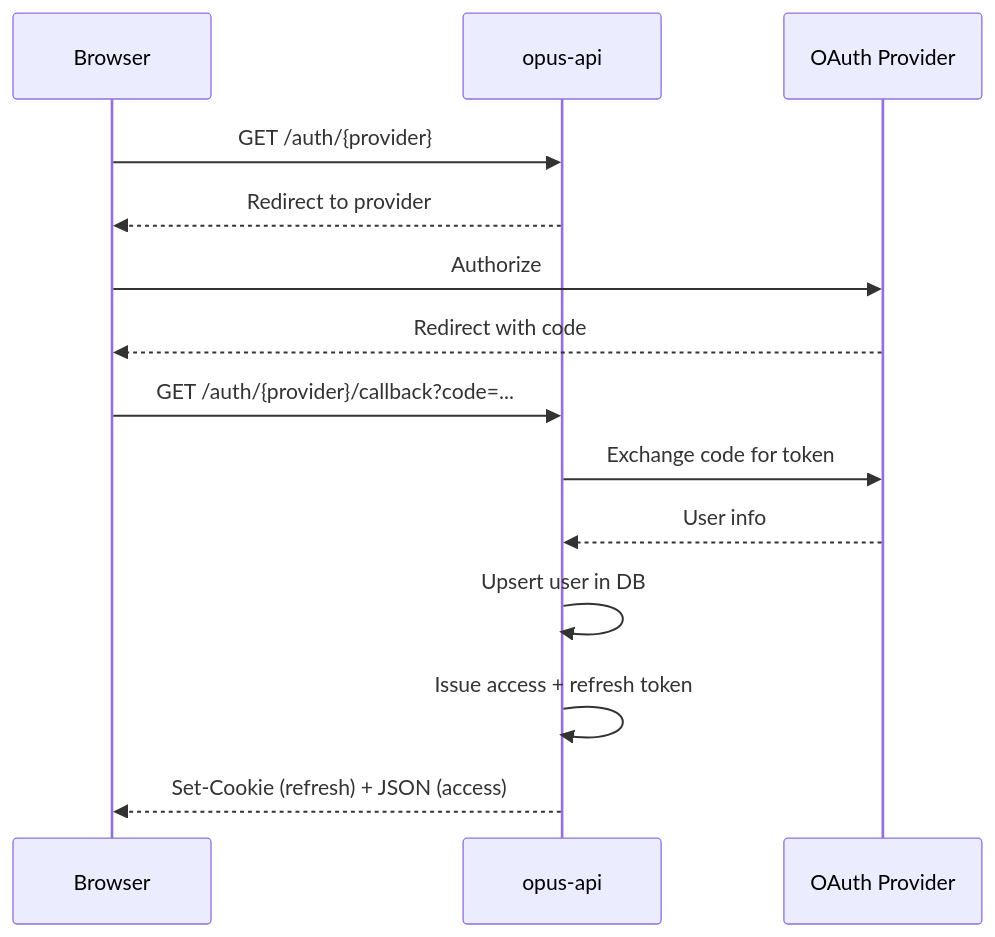
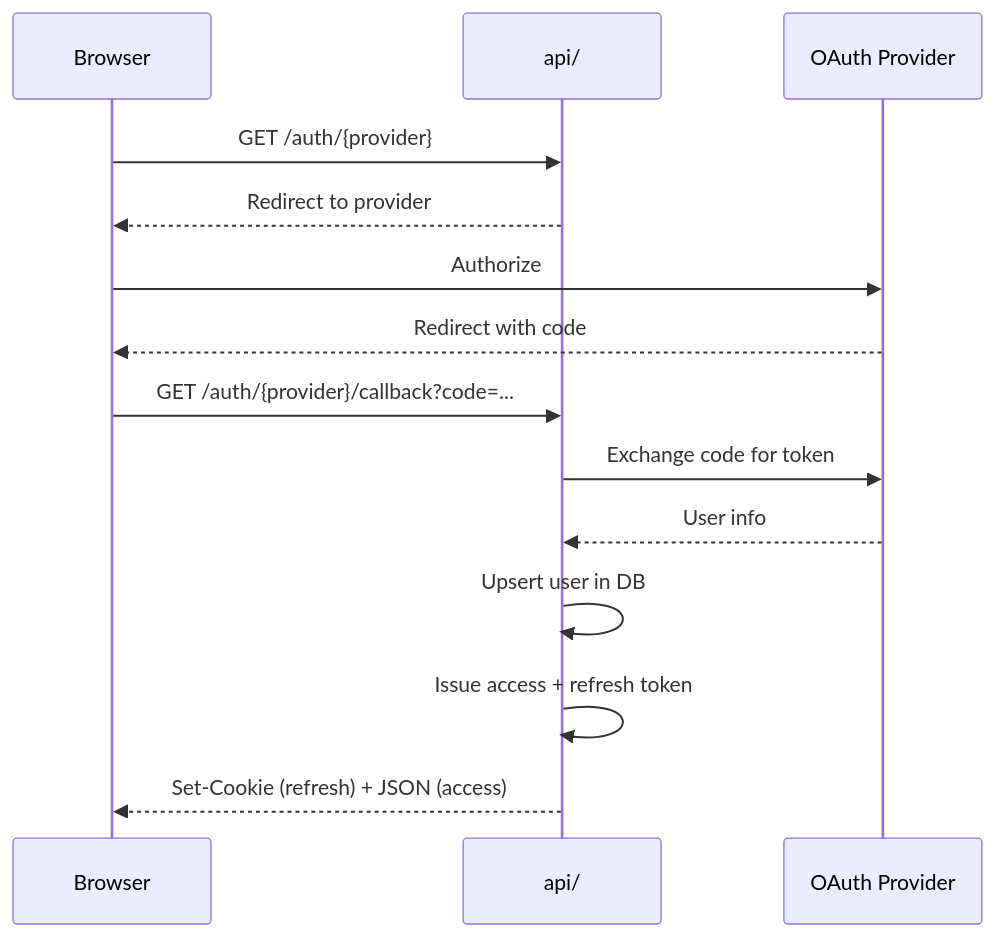
One commit to kilip/opus changed the fourth of 4 diagrams in docs/ARCHITECTURE.md. Above: the diagram before and after it, drawn with Mermaid. The commit also changed other lines of this file and 1 other file, not shown here.

Commit message:
docs: update architecture and prd for v1.0.1 monorepo structure

````diff
--- a/docs/ARCHITECTURE.md
+++ b/docs/ARCHITECTURE.md
@@ -299,17 +397,17 @@
 ```mermaid
 sequenceDiagram
     participant Browser
-    participant API as opus-api
+    participant API as api/
     participant Provider as OAuth Provider
 
     Browser->>API: GET /auth/{provider}
     API-->>Browser: Redirect to provider
     Browser->>Provider: Authorize
     Provider-->>Browser: Redirect with code
     Browser->>API: GET /auth/{provider}/callback?code=...
     API->>Provider: Exchange code for token
     Provider-->>API: User info
     API->>API: Upsert user in DB
     API->>API: Issue access + refresh token
     API-->>Browser: Set-Cookie (refresh) + JSON (access)
 ```
````
